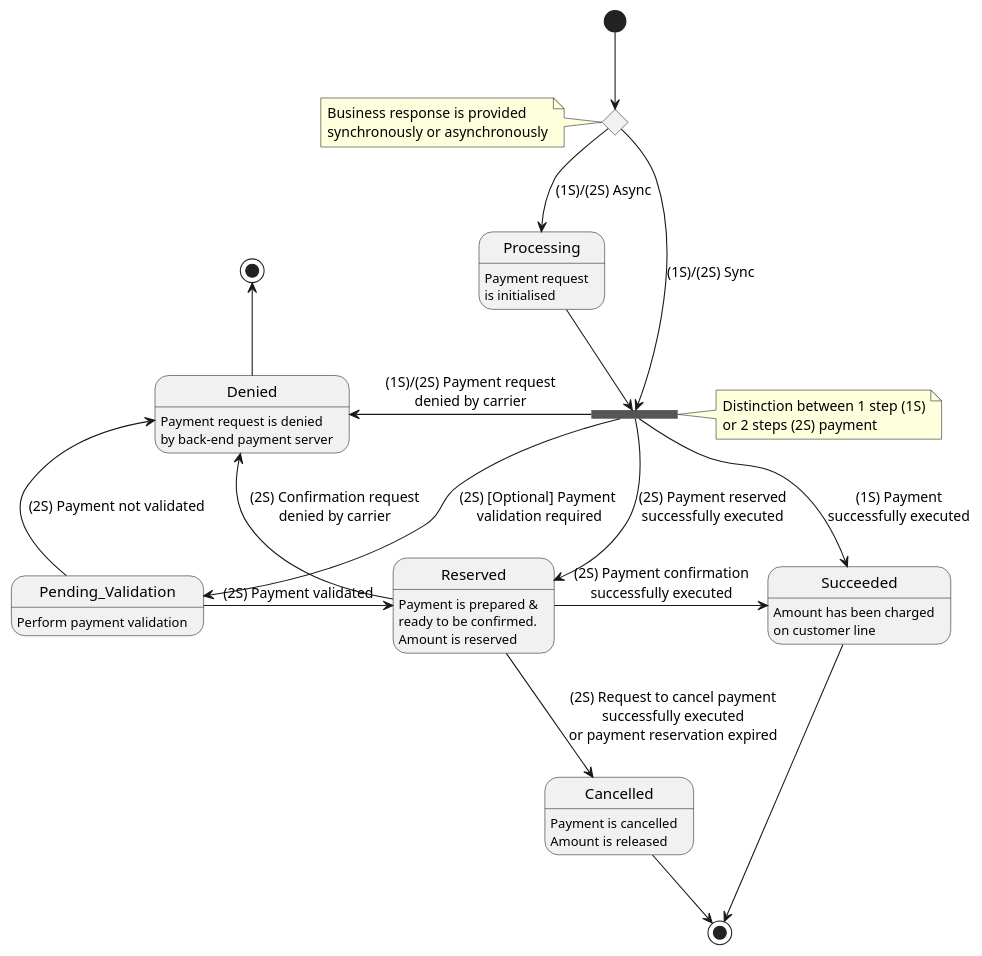
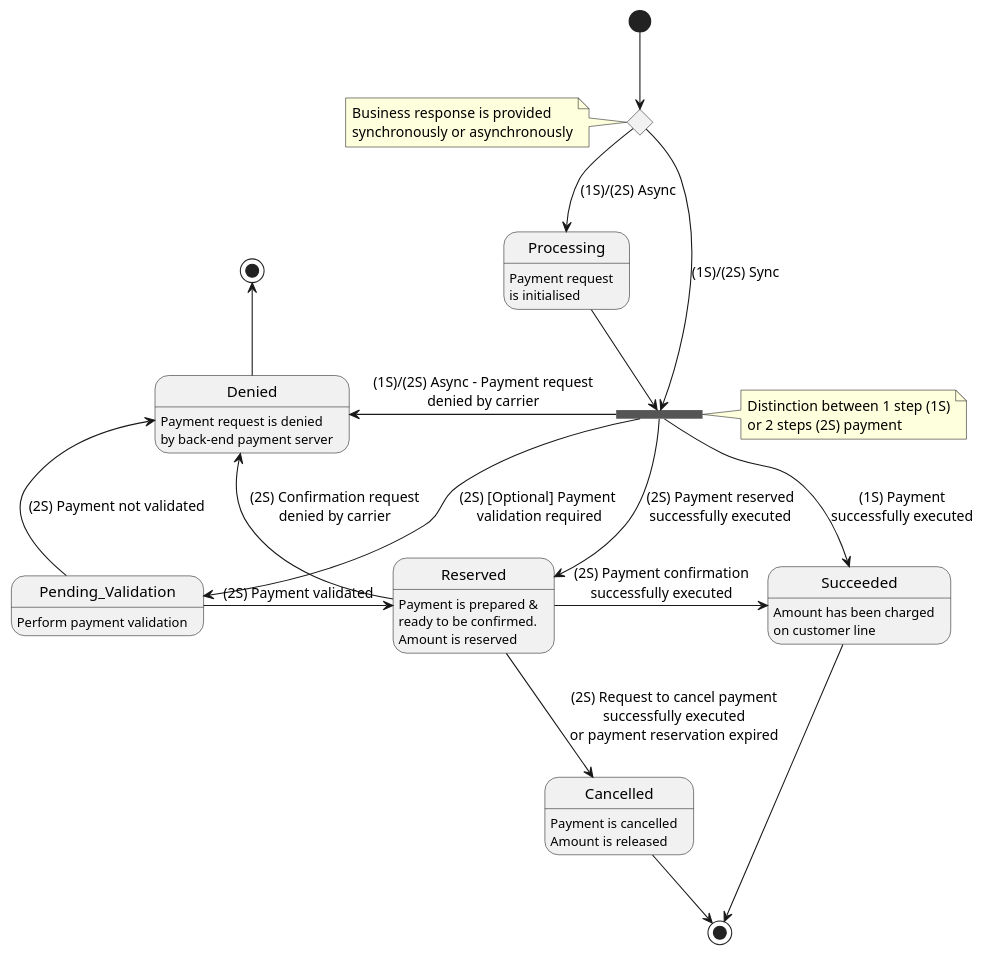
The diagram in documentation/API_documentation/resources/Carrier Billing lifecycle source.puml (camaraproject/CarrierBillingCheckOut), drawn with PlantUML before and after one commit. The commit also changed 1 other file, not shown here.

Commit message:
diagram_payment_lifecycle_adjustment_18_dec

```diff
--- a/documentation/API_documentation/resources/Carrier Billing lifecycle source.puml
+++ b/documentation/API_documentation/resources/Carrier Billing lifecycle source.puml
@@ -1,40 +1,40 @@
 @startuml Payment lifecycle
 
 state fork <<fork>>
 state choice <<choice>>
 state end <<end>>
 
 [*] --> choice
 note left of choice: Business response is provided\nsynchronously or asynchronously
 
 choice --> Processing : (1S)/(2S) Async
 Processing: Payment request\nis initialised
 
 choice --> fork : (1S)/(2S) Sync
 Processing --> fork
 note right of fork: Distinction between 1 step (1S)\nor 2 steps (2S) payment
 fork: separation between one or stwo steps payment
 
 fork -right-> Succeeded : (1S) Payment\nsuccessfully executed
-fork -left-> Denied : (1S)/(2S) Payment request\ndenied by carrier
+fork -left-> Denied : (1S)/(2S) Async - Payment request\ndenied by carrier
 
 fork --> Pending_Validation : (2S) [Optional] Payment\n validation required
 fork --> Reserved : (2S) Payment reserved\nsuccessfully executed
 Pending_Validation -> Reserved: (2S) Payment validated
 Pending_Validation -> Denied: (2S) Payment not validated
 
 Reserved -down-> Cancelled : (2S) Request to cancel payment\nsuccessfully executed\nor payment reservation expired
 Reserved -right-> Succeeded : (2S) Payment confirmation\nsuccessfully executed
 Reserved -left-> Denied : (2S) Confirmation request\ndenied by carrier
 
 Succeeded --> [*]
 Cancelled --> [*]
 Denied -up-> end
 
 Pending_Validation: Perform payment validation
 Reserved: Payment is prepared &\nready to be confirmed.\nAmount is reserved
 Denied: Payment request is denied\nby back-end payment server
 Succeeded: Amount has been charged\non customer line
 Cancelled: Payment is cancelled\nAmount is released
 
 @enduml
```
